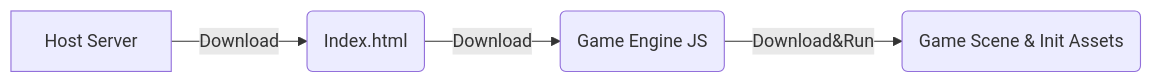
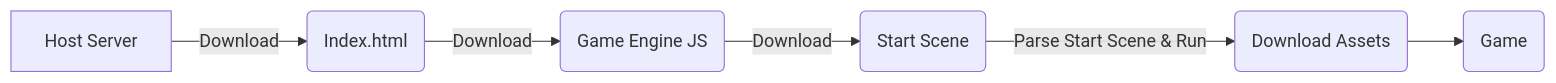
The first of 3 diagrams in README-CN.md (BricL/CC3.WebZipBundle), drawn with Mermaid before and after one commit. The commit also changed other lines of this file and 1 other file, not shown here.

Commit message:
Enhance README files with detailed explanations of ZipBundle functionality and download methods, improving clarity for bilingual support.

````diff
--- a/README-CN.md
+++ b/README-CN.md
@@ -32,6 +32,8 @@
 ```mermaid
 flowchart LR
    A[Host Server] -->|Download| B(Index.html)
    B -->|Download| C(Game Engine JS)
-   C -->|Download&Run| D(Game Scene & Init Assets)
+   C -->|Download| D(Start Scene)
+   D -->|Parse Start Scene & Run| E(Download Assets)
+   E --> F(Game)
 ```
````
